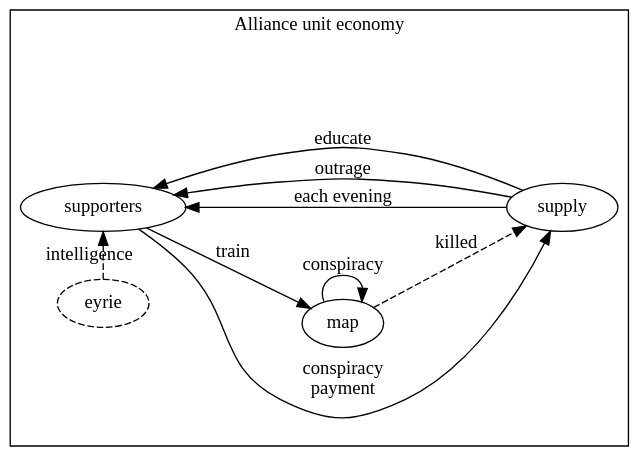
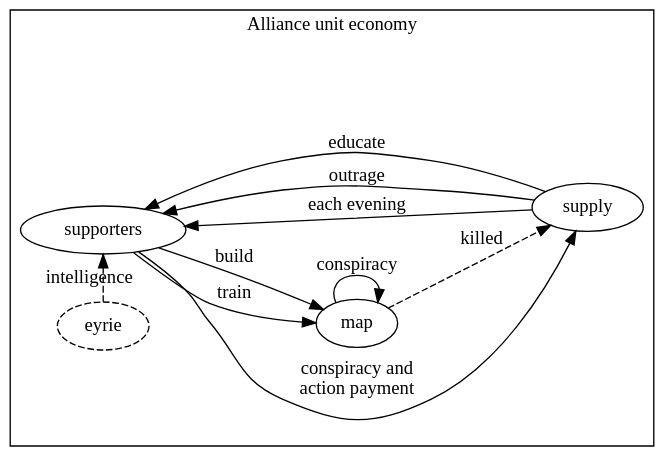
Before and after one commit to krawaller/root: the diagram in diagrams/alliance-units.dot, drawn with Graphviz. The commit also changed 1 other file, not shown here.

Commit message:
update alliance unit with build

```diff
--- a/diagrams/alliance-units.dot
+++ b/diagrams/alliance-units.dot
@@ -1,34 +1,35 @@
 digraph {
   rankdir = LR;
   bgcolor = transparent;
 
   subgraph cluster_allianceunits {
 
     label = "Alliance unit economy"
 
     supporters
 
     supply
 
     map -> map [label="conspiracy"]
 
 
     supply -> supporters [label="each evening"]
 
     supply -> supporters [label="outrage"]
 
     supply -> supporters [label="educate"]
 
 
     supporters -> map [label="train"]
+    supporters -> map [label="build"]
 
-    supporters -> supply [label="conspiracy\npayment"]
+    supporters -> supply [label="conspiracy and\naction payment"]
 
     map -> supply [label="killed" style="dashed"]
 
     eyrie [style="dashed"]
     eyrie -> supporters [label="intelligence" style="dashed"]
 
     {rank=same; eyrie, supporters}
   }
 }
```
